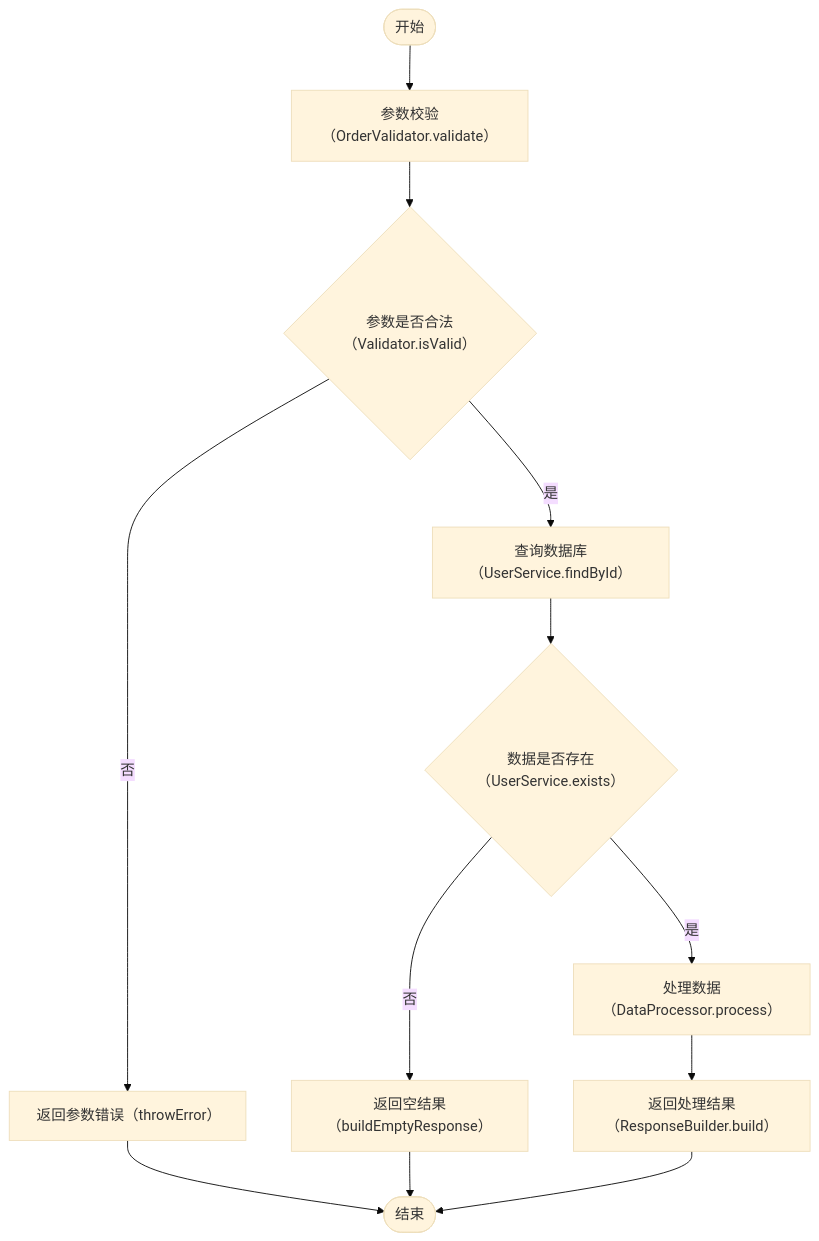
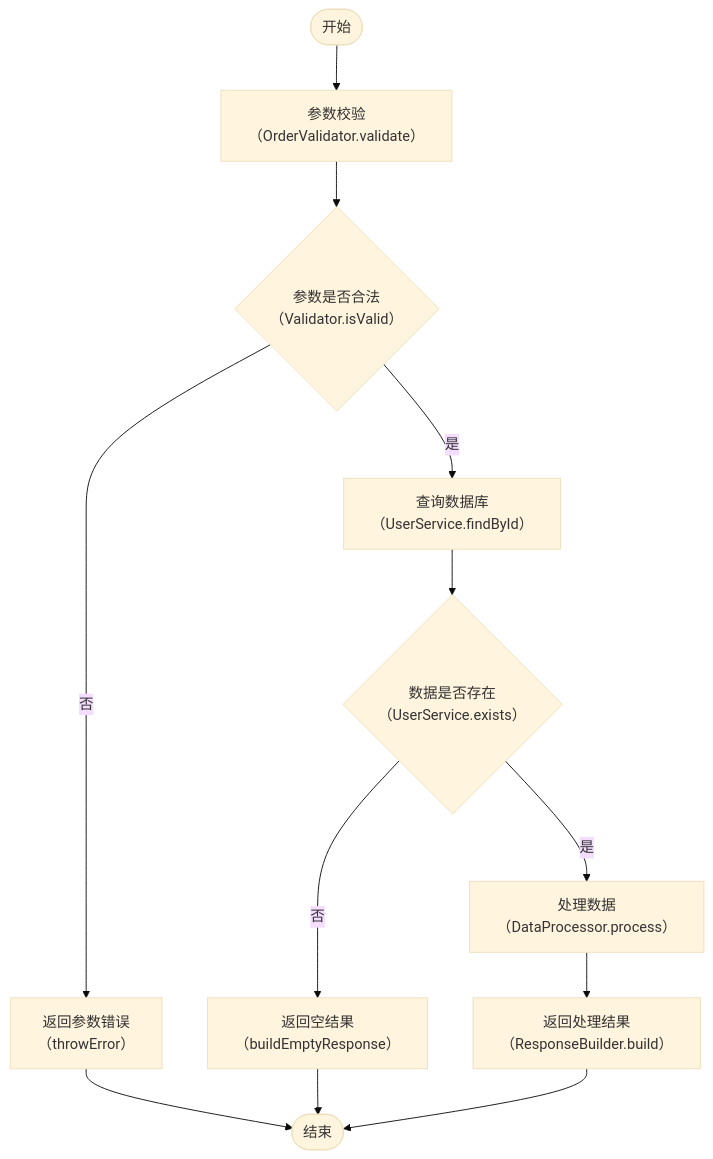
The diagram in code-weave/SKILL.md (syntax-ghost-x/skill-vault), drawn with Mermaid (base theme) before and after one commit. The commit also changed other lines of this file, not shown here.

````diff
--- a/code-weave/SKILL.md
+++ b/code-weave/SKILL.md
@@ -47,14 +50,14 @@
 ```mermaid
 flowchart TD
-    Start([开始]) --> Validate[参数校验（OrderValidator.validate）]
-    Validate --> Check{参数是否合法（Validator.isValid）}
-    Check -->|是| QueryDB[查询数据库（UserService.findById）]
-    Check -->|否| ReturnErr[返回参数错误（throwError）]
-    QueryDB --> Exists{数据是否存在（UserService.exists）}
-    Exists -->|是| Process[处理数据（DataProcessor.process）]
-    Exists -->|否| ReturnEmpty[返回空结果（buildEmptyResponse）]
-    Process --> ReturnResult[返回处理结果（ResponseBuilder.build）]
+    Start([开始]) --> Validate["参数校验<br>（OrderValidator.validate）"]
+    Validate --> Check{"参数是否合法<br>（Validator.isValid）"}
+    Check -->|是| QueryDB["查询数据库<br>（UserService.findById）"]
+    Check -->|否| ReturnErr["返回参数错误<br>（throwError）"]
+    QueryDB --> Exists{"数据是否存在<br>（UserService.exists）"}
+    Exists -->|是| Process["处理数据<br>（DataProcessor.process）"]
+    Exists -->|否| ReturnEmpty["返回空结果<br>（buildEmptyResponse）"]
+    Process --> ReturnResult["返回处理结果<br>（ResponseBuilder.build）"]
     ReturnErr --> End([结束])
     ReturnEmpty --> End
     ReturnResult --> End
 ```
````
